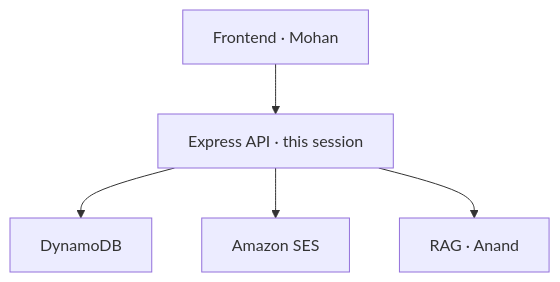
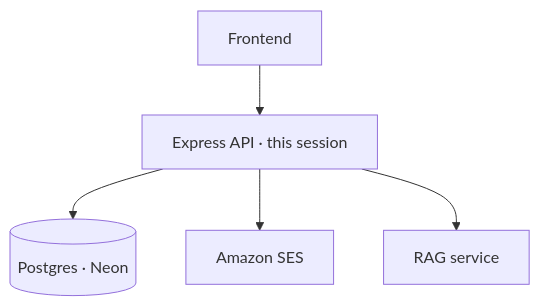
The diagram in content/tracks/backend-from-zero/lessons/01-what-you-own.md (sreecharan-desu/hackx-slides), drawn with Mermaid before and after one commit. The commit also changed other lines of this file and 38 other files, not shown here.

````diff
--- a/content/tracks/backend-from-zero/lessons/01-what-you-own.md
+++ b/content/tracks/backend-from-zero/lessons/01-what-you-own.md
@@ -10,13 +10,13 @@
 ```mermaid
 flowchart TB
-  FE["Frontend · Mohan"]
-  API["Express API · this session"]
-  DDB["DynamoDB"]
-  SES["Amazon SES"]
-  RAG["RAG · Anand"]
+  FE[Frontend]
+  API[Express API · this session]
+  DB[(Postgres · Neon)]
+  SES[Amazon SES]
+  RAG[RAG service]
 
   FE --> API
-  API --> DDB
+  API --> DB
   API --> SES
   API --> RAG
 ```
````
